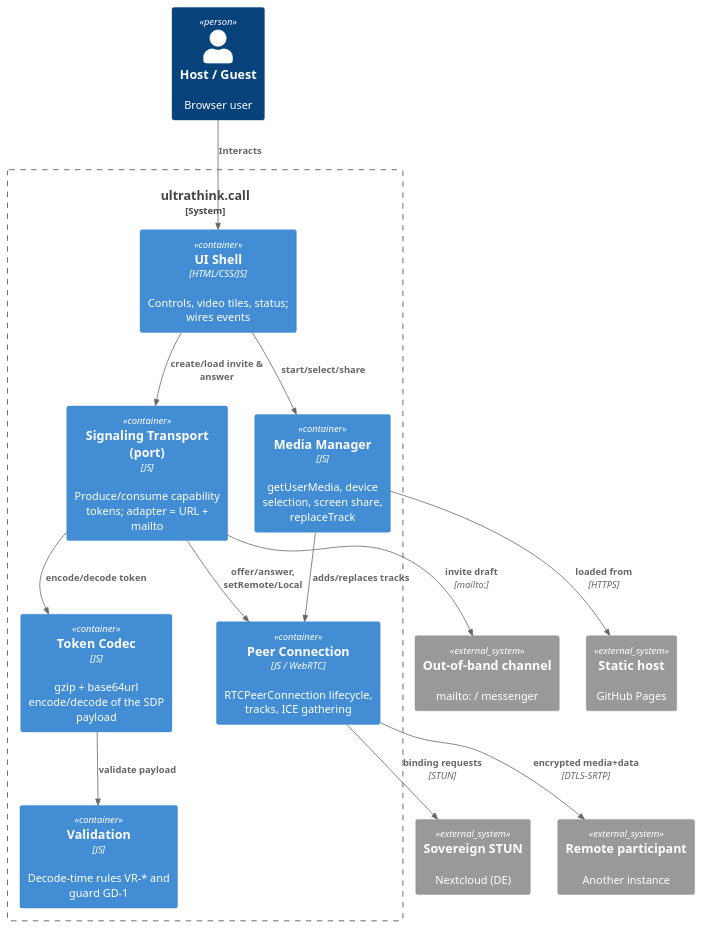
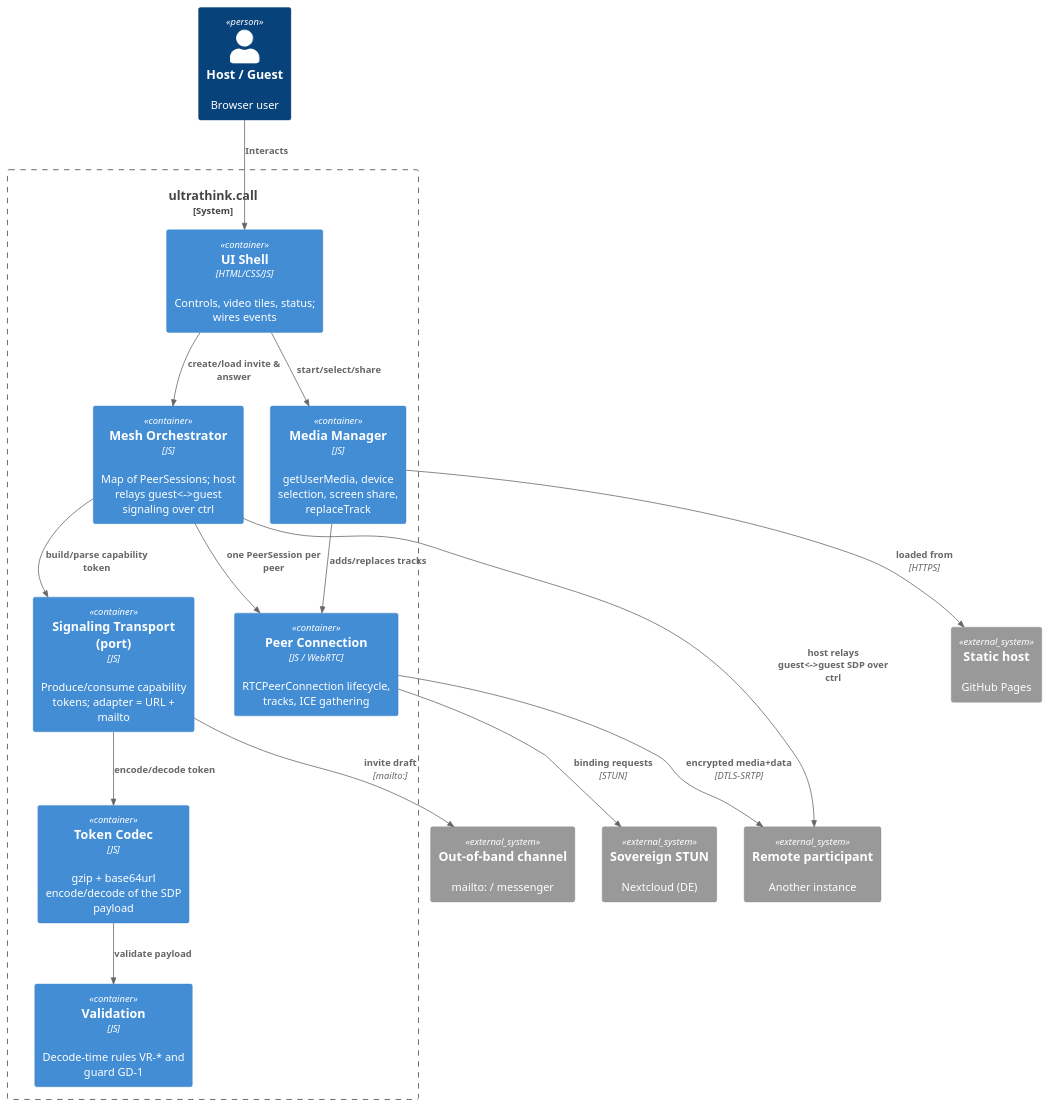
One commit to raifdmueller/ultrathink.call changed the diagram in src/docs/arc42/chapters/05_building_block_view.adoc. Above: the diagram before and after it, drawn with PlantUML. The commit also changed other lines of this file and 8 other files, not shown here.

```diff
--- a/src/docs/arc42/chapters/05_building_block_view.adoc
+++ b/src/docs/arc42/chapters/05_building_block_view.adoc
@@ -10,33 +11,36 @@
 [plantuml,c4-container,svg]
 ----
 @startuml
 !include <C4/C4_Container>
 
 Person(user, "Host / Guest", "Browser user")
 System_Ext(peer, "Remote participant", "Another instance")
 System_Ext(stun, "Sovereign STUN", "Nextcloud (DE)")
 System_Ext(mail, "Out-of-band channel", "mailto: / messenger")
 System_Ext(host, "Static host", "GitHub Pages")
 
 System_Boundary(call, "ultrathink.call") {
   Container(ui, "UI Shell", "HTML/CSS/JS", "Controls, video tiles, status; wires events")
   Container(media, "Media Manager", "JS", "getUserMedia, device selection, screen share, replaceTrack")
   Container(pcm, "Peer Connection", "JS / WebRTC", "RTCPeerConnection lifecycle, tracks, ICE gathering")
   Container(sig, "Signaling Transport (port)", "JS", "Produce/consume capability tokens; adapter = URL + mailto")
   Container(codec, "Token Codec", "JS", "gzip + base64url encode/decode of the SDP payload")
   Container(valid, "Validation", "JS", "Decode-time rules VR-* and guard GD-1")
+  Container(mesh, "Mesh Orchestrator", "JS", "Map of PeerSessions; host relays guest<->guest signaling over ctrl")
 }
 
 Rel(user, ui, "Interacts")
 Rel(ui, media, "start/select/share")
-Rel(ui, sig, "create/load invite & answer")
+Rel(ui, mesh, "create/load invite & answer")
 Rel(media, pcm, "adds/replaces tracks")
-Rel(sig, pcm, "offer/answer, setRemote/Local")
+Rel(mesh, pcm, "one PeerSession per peer")
+Rel(mesh, sig, "build/parse capability token")
 Rel(sig, codec, "encode/decode token")
 Rel(codec, valid, "validate payload")
+Rel(mesh, peer, "host relays guest<->guest SDP over ctrl")
 Rel(media, host, "loaded from", "HTTPS")
 Rel(pcm, stun, "binding requests", "STUN")
 Rel(pcm, peer, "encrypted media+data", "DTLS-SRTP")
 Rel(sig, mail, "invite draft", "mailto:")
 @enduml
 ----
```
